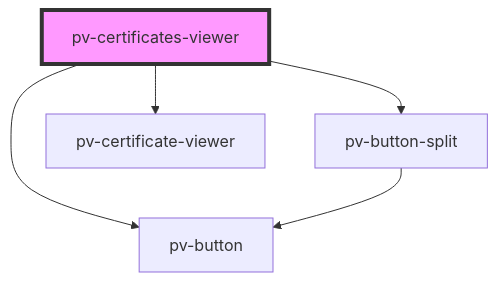
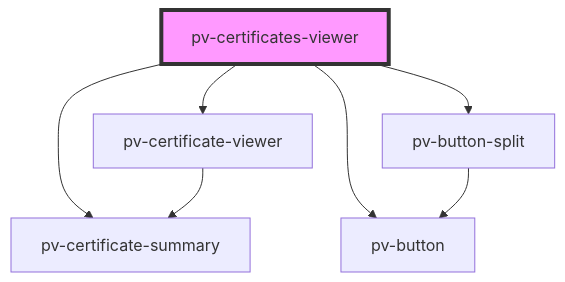
The diagram in src/components/certificates-viewer/readme.md (PeculiarVentures/pv-certificates-viewer), drawn with Mermaid before and after one commit. The commit also changed other lines of this file and 2 other files, not shown here.

Commit message:
chore(build): After build

````diff
--- a/src/components/certificates-viewer/readme.md
+++ b/src/components/certificates-viewer/readme.md
@@ -24,8 +25,10 @@
 ```mermaid
 graph TD;
+  pv-certificates-viewer --> pv-certificate-summary
   pv-certificates-viewer --> pv-button
   pv-certificates-viewer --> pv-button-split
   pv-certificates-viewer --> pv-certificate-viewer
   pv-button-split --> pv-button
+  pv-certificate-viewer --> pv-certificate-summary
   style pv-certificates-viewer fill:#f9f,stroke:#333,stroke-width:4px
 ```
````
